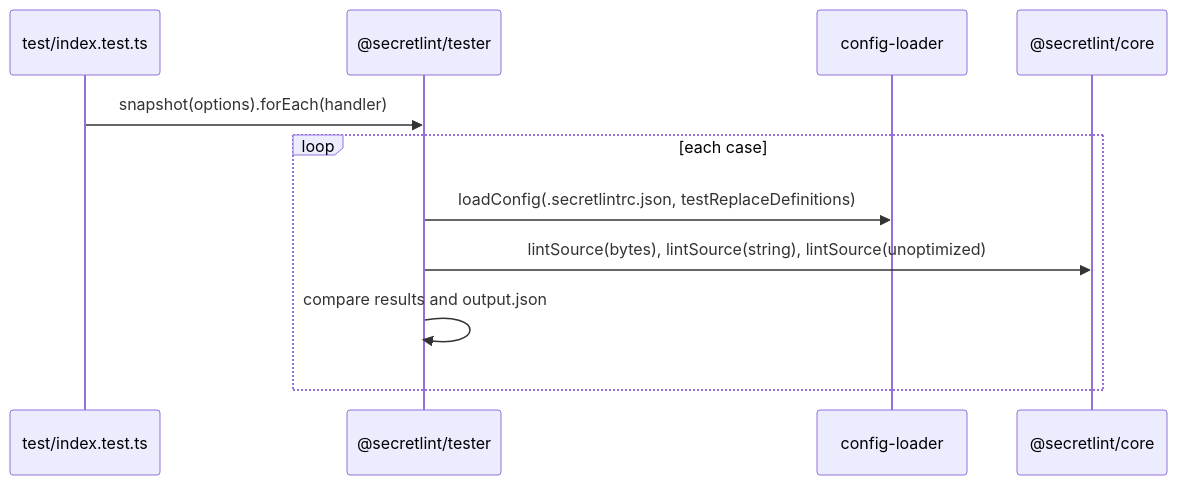
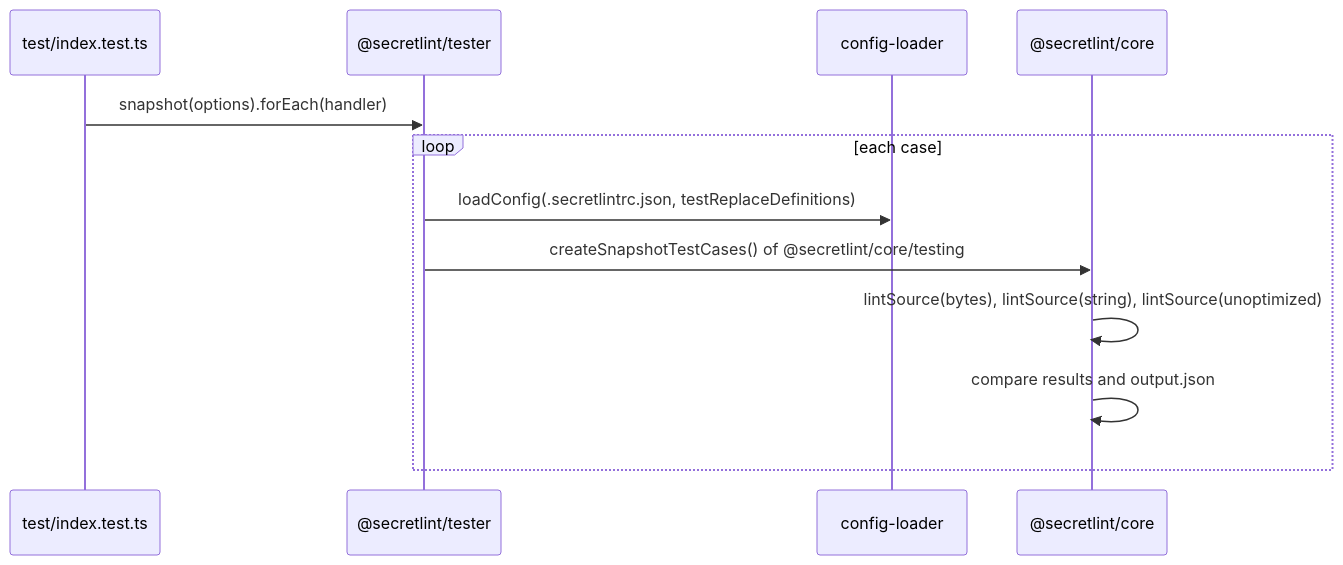
Before and after one commit to secretlint/secretlint: the diagram in docs/products/secretlint/features/custom-rules/design.ja.md, drawn with Mermaid. The commit also changed other lines of this file and 17 other files, not shown here.

````diff
--- a/docs/products/secretlint/features/custom-rules/design.ja.md
+++ b/docs/products/secretlint/features/custom-rules/design.ja.md
@@ -62,13 +64,14 @@
 ```mermaid
 sequenceDiagram
     participant Test as test/index.test.ts
     participant Tester as @secretlint/tester
     participant Loader as config-loader
     participant Core as @secretlint/core
     Test->>Tester: snapshot(options).forEach(handler)
     loop each case
         Tester->>Loader: loadConfig(.secretlintrc.json, testReplaceDefinitions)
-        Tester->>Core: lintSource(bytes), lintSource(string), lintSource(unoptimized)
-        Tester->>Tester: compare results and output.json
+        Tester->>Core: createSnapshotTestCases() of @secretlint/core/testing
+        Core->>Core: lintSource(bytes), lintSource(string), lintSource(unoptimized)
+        Core->>Core: compare results and output.json
     end
 ```
````
